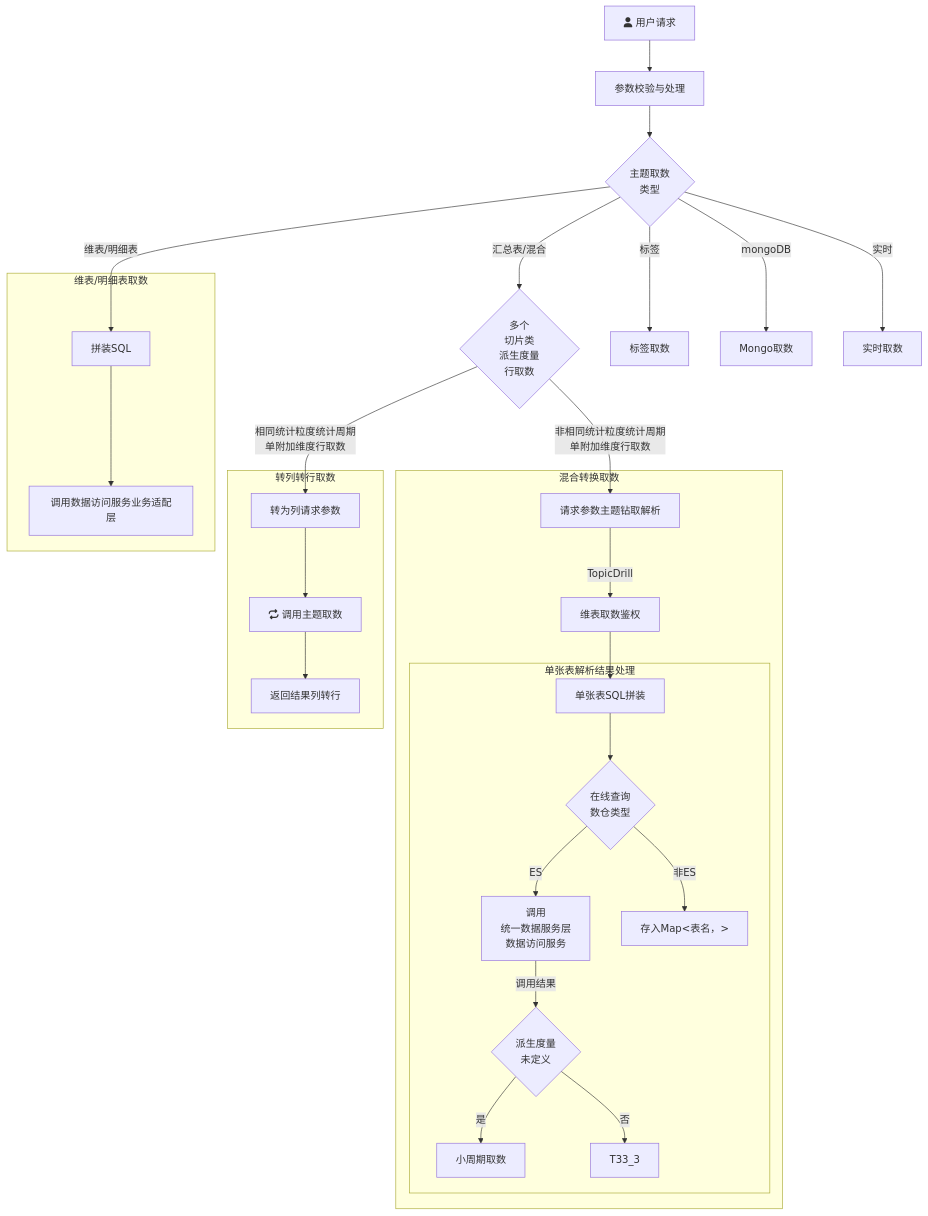
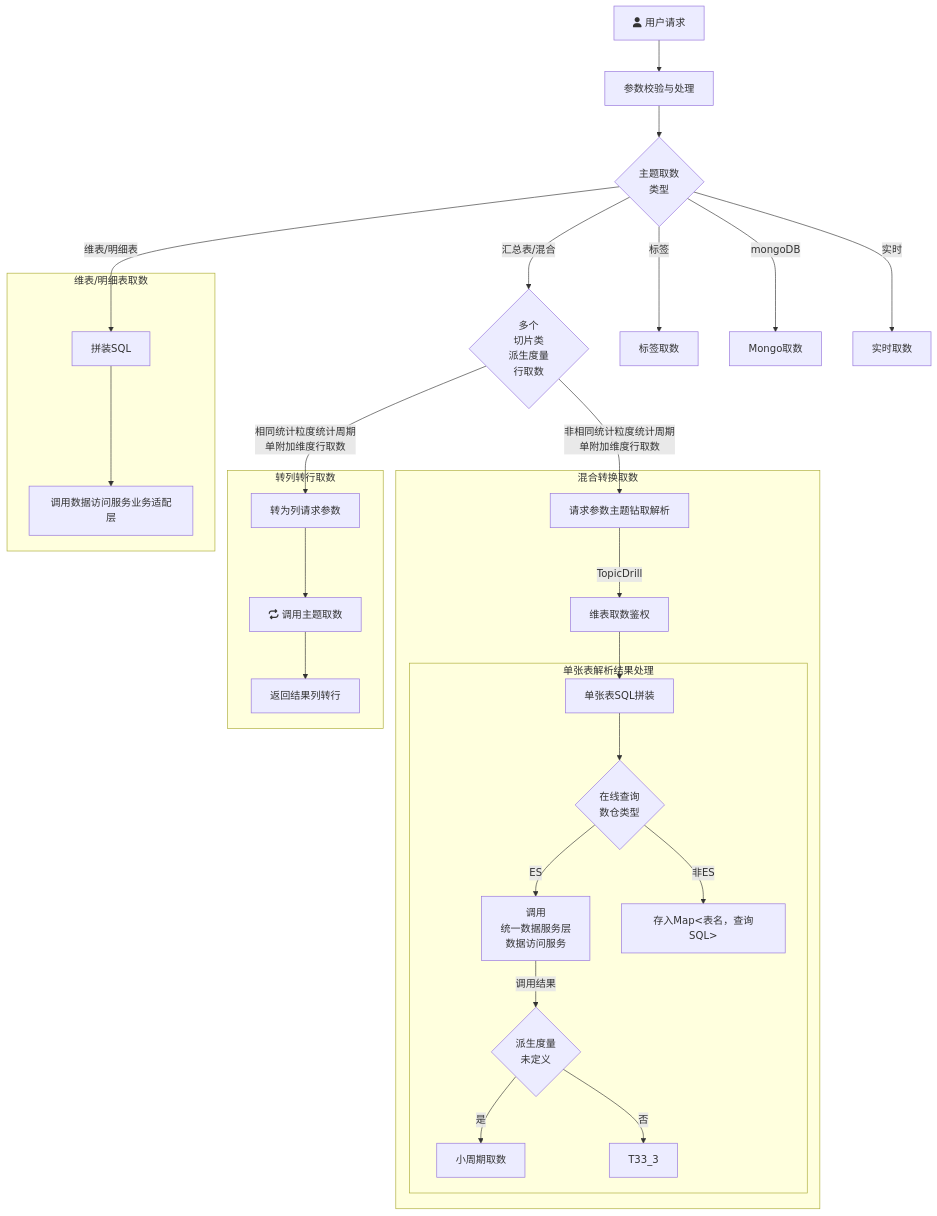
The diagram in all/未命名.md (yanglosm/iodraw-files), drawn with Mermaid before and after one commit.

Commit message:
2024-11-29 19:09:16 update

````diff
--- a/all/未命名.md
+++ b/all/未命名.md
@@ -1,26 +1,26 @@
 ```mermaid
 flowchart TD
     A[fa:fa-user 用户请求] -->A1[参数校验与处理] --> B{主题取数\n类型}
     B -->|维表/明细表| D[拼装SQL]
     B -->|汇总表/混合| E{多个\n切片类\n派生度量\n行取数}
     B -->|标签| F[标签取数]
     B -->|mongoDB| G[Mongo取数]
     B -->|实时| H[实时取数]
     E -->|相同统计粒度统计周期\n单附加维度行取数| E1[转为列请求参数]
     E -->|非相同统计粒度统计周期\n单附加维度行取数| T1[请求参数主题钻取解析]
     subgraph 维表/明细表取数
     D-->D1[调用数据访问服务业务适配层]
     end
     subgraph 转列转行取数
     E1-->E11[fa:fa-repeat 调用主题取数]-->E12[返回结果列转行]
     end
     subgraph 混合转换取数
     T1-->|TopicDrill| T2[维表取数鉴权] --> T31[单张表SQL拼装]
         subgraph 单张表解析结果处理
         T31 --> T4{在线查询\n数仓类型}-->|ES|T32[调用\n统一数据服务层\n数据访问服务] --> |调用结果|T33{派生度量\n未定义}
         T33 --> |是|T33_1[小周期取数]
         T33 --> |否|T33_3
-        T4 --> |非ES|T41["存入Map<表名，>"]
+        T4 --> |非ES|T41["存入Map<表名，查询SQL>"]
         end
     end
 ```
````
